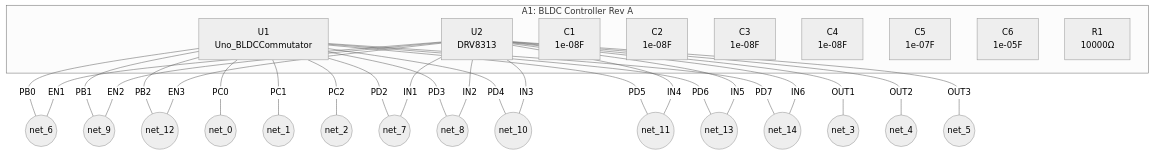
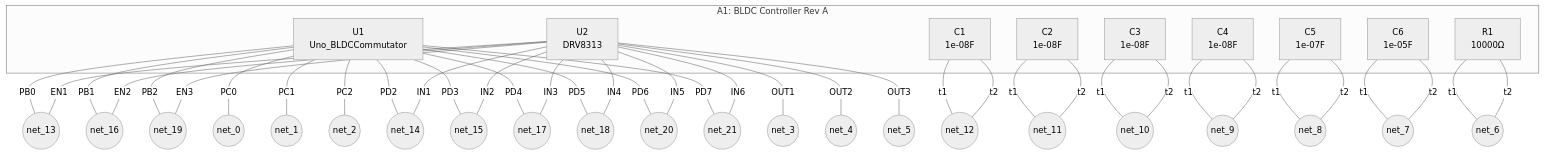
Before and after one commit to raeq/wirebench: the diagram in demos/bldc_motor/docs/BLDCControllerBoard.mmd, drawn with Mermaid. The commit also changed 114 other files, not shown here.

```diff
--- a/demos/bldc_motor/docs/BLDCControllerBoard.mmd
+++ b/demos/bldc_motor/docs/BLDCControllerBoard.mmd
@@ -1,52 +1,73 @@
 %%{init: {"theme": "neutral"}}%%
 flowchart TD
     subgraph A1["A1: BLDC Controller Rev A"]
         U1["U1<br/>Uno_BLDCCommutator"]
         U2["U2<br/>DRV8313"]
         C1["C1<br/>1e-08F"]
         C2["C2<br/>1e-08F"]
         C3["C3<br/>1e-08F"]
         C4["C4<br/>1e-08F"]
         C5["C5<br/>1e-07F"]
         C6["C6<br/>1e-05F"]
         R1["R1<br/>10000Ω"]
     end
+    net_12(("net_12"))
+    net_11(("net_11"))
+    net_10(("net_10"))
+    net_9(("net_9"))
+    net_8(("net_8"))
+    net_7(("net_7"))
     net_6(("net_6"))
-    net_9(("net_9"))
-    net_12(("net_12"))
+    net_13(("net_13"))
+    net_16(("net_16"))
+    net_19(("net_19"))
     net_0(("net_0"))
     net_1(("net_1"))
     net_2(("net_2"))
-    net_7(("net_7"))
-    net_8(("net_8"))
-    net_10(("net_10"))
-    net_11(("net_11"))
-    net_13(("net_13"))
     net_14(("net_14"))
+    net_15(("net_15"))
+    net_17(("net_17"))
+    net_18(("net_18"))
+    net_20(("net_20"))
+    net_21(("net_21"))
     net_3(("net_3"))
     net_4(("net_4"))
     net_5(("net_5"))
-    U1 ---|"PB0"| net_6
-    U1 ---|"PB1"| net_9
-    U1 ---|"PB2"| net_12
+    C1 ---|"t1"| net_12
+    C1 ---|"t2"| net_12
+    C2 ---|"t1"| net_11
+    C2 ---|"t2"| net_11
+    C3 ---|"t1"| net_10
+    C3 ---|"t2"| net_10
+    C4 ---|"t1"| net_9
+    C4 ---|"t2"| net_9
+    C5 ---|"t1"| net_8
+    C5 ---|"t2"| net_8
+    C6 ---|"t1"| net_7
+    C6 ---|"t2"| net_7
+    R1 ---|"t1"| net_6
+    R1 ---|"t2"| net_6
+    U1 ---|"PB0"| net_13
+    U1 ---|"PB1"| net_16
+    U1 ---|"PB2"| net_19
     U1 ---|"PC0"| net_0
     U1 ---|"PC1"| net_1
     U1 ---|"PC2"| net_2
-    U1 ---|"PD2"| net_7
-    U1 ---|"PD3"| net_8
-    U1 ---|"PD4"| net_10
-    U1 ---|"PD5"| net_11
-    U1 ---|"PD6"| net_13
-    U1 ---|"PD7"| net_14
-    U2 ---|"EN1"| net_6
-    U2 ---|"EN2"| net_9
-    U2 ---|"EN3"| net_12
-    U2 ---|"IN1"| net_7
-    U2 ---|"IN2"| net_8
-    U2 ---|"IN3"| net_10
-    U2 ---|"IN4"| net_11
-    U2 ---|"IN5"| net_13
-    U2 ---|"IN6"| net_14
+    U1 ---|"PD2"| net_14
+    U1 ---|"PD3"| net_15
+    U1 ---|"PD4"| net_17
+    U1 ---|"PD5"| net_18
+    U1 ---|"PD6"| net_20
+    U1 ---|"PD7"| net_21
+    U2 ---|"EN1"| net_13
+    U2 ---|"EN2"| net_16
+    U2 ---|"EN3"| net_19
+    U2 ---|"IN1"| net_14
+    U2 ---|"IN2"| net_15
+    U2 ---|"IN3"| net_17
+    U2 ---|"IN4"| net_18
+    U2 ---|"IN5"| net_20
+    U2 ---|"IN6"| net_21
     U2 ---|"OUT1"| net_3
     U2 ---|"OUT2"| net_4
     U2 ---|"OUT3"| net_5
```
